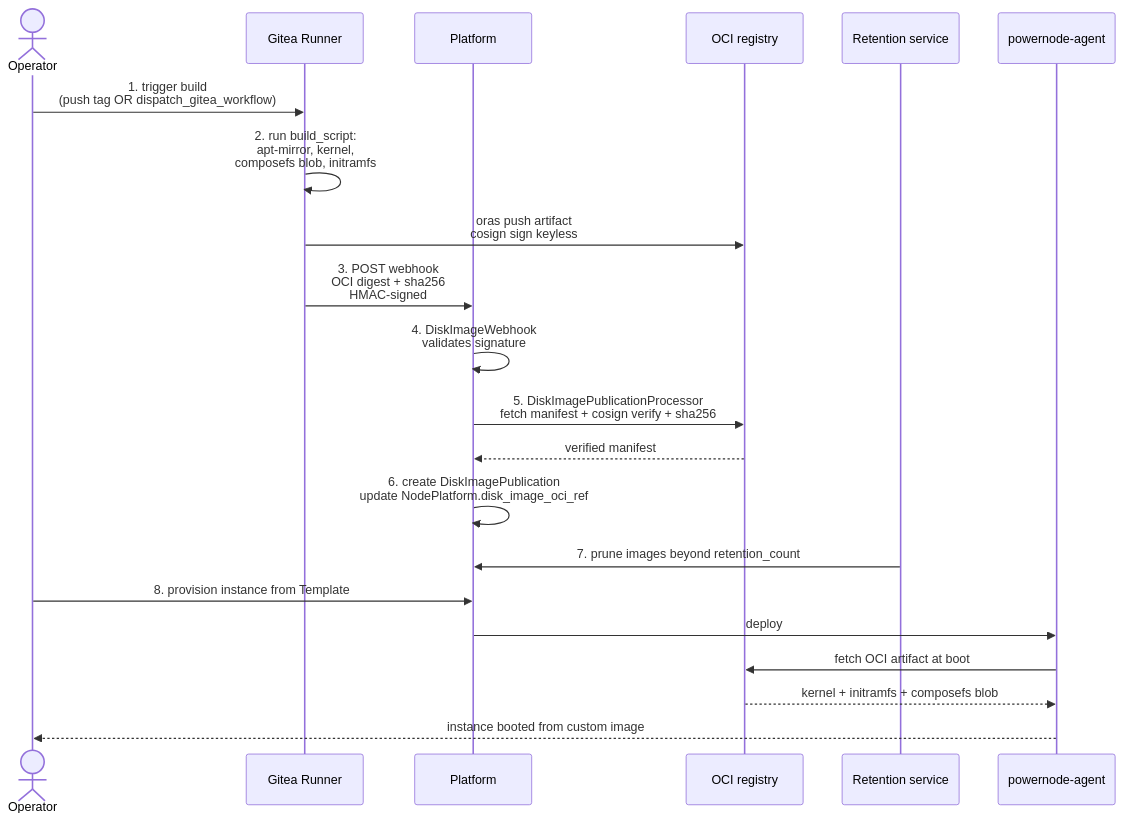
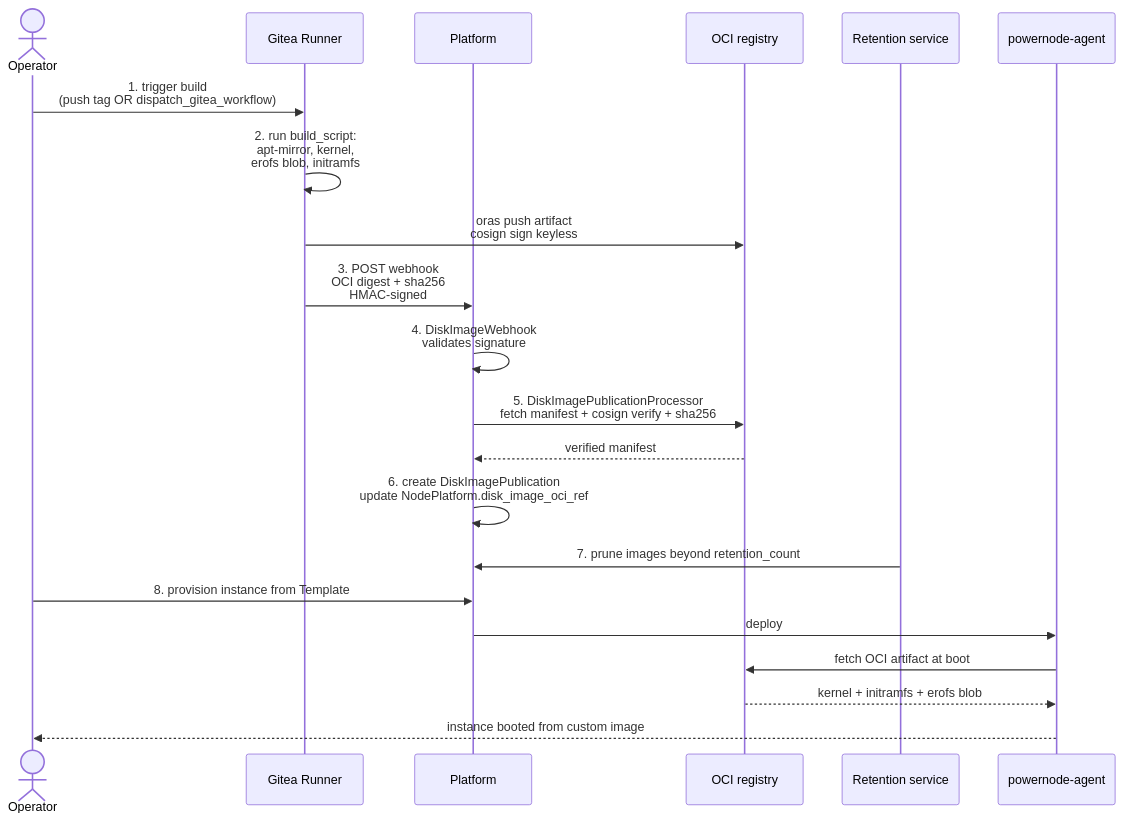
The first of 2 diagrams in docs/DISK_IMAGE_CI.md (nodealchemy/powernode-system), drawn with Mermaid before and after one commit. The commit also changed other lines of this file and 29 other files, not shown here.

````diff
--- a/docs/DISK_IMAGE_CI.md
+++ b/docs/DISK_IMAGE_CI.md
@@ -13,24 +13,24 @@
 ```mermaid
 sequenceDiagram
     actor Op as Operator
     participant Runner as Gitea Runner
     participant Plat as Platform
     participant Reg as OCI registry
     participant Ret as Retention service
     participant Agent as powernode-agent
 
     Op->>Runner: 1. trigger build<br/>(push tag OR dispatch_gitea_workflow)
-    Runner->>Runner: 2. run build_script:<br/>apt-mirror, kernel,<br/>composefs blob, initramfs
+    Runner->>Runner: 2. run build_script:<br/>apt-mirror, kernel,<br/>erofs blob, initramfs
     Runner->>Reg: oras push artifact<br/>cosign sign keyless
     Runner->>Plat: 3. POST webhook<br/>OCI digest + sha256<br/>HMAC-signed
     Plat->>Plat: 4. DiskImageWebhook<br/>validates signature
     Plat->>Reg: 5. DiskImagePublicationProcessor<br/>fetch manifest + cosign verify + sha256
     Reg-->>Plat: verified manifest
     Plat->>Plat: 6. create DiskImagePublication<br/>update NodePlatform.disk_image_oci_ref
     Ret->>Plat: 7. prune images beyond retention_count
     Op->>Plat: 8. provision instance from Template
     Plat->>Agent: deploy
     Agent->>Reg: fetch OCI artifact at boot
-    Reg-->>Agent: kernel + initramfs + composefs blob
+    Reg-->>Agent: kernel + initramfs + erofs blob
     Agent-->>Op: instance booted from custom image
 ```
````
